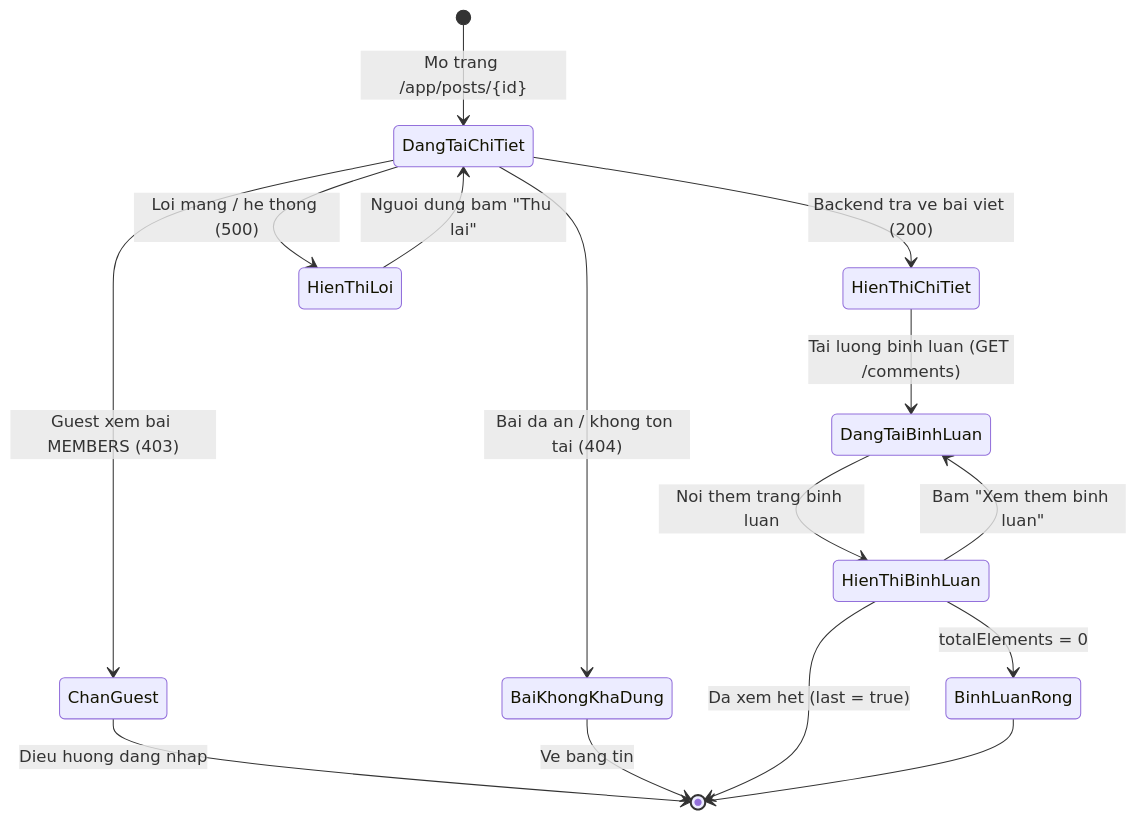
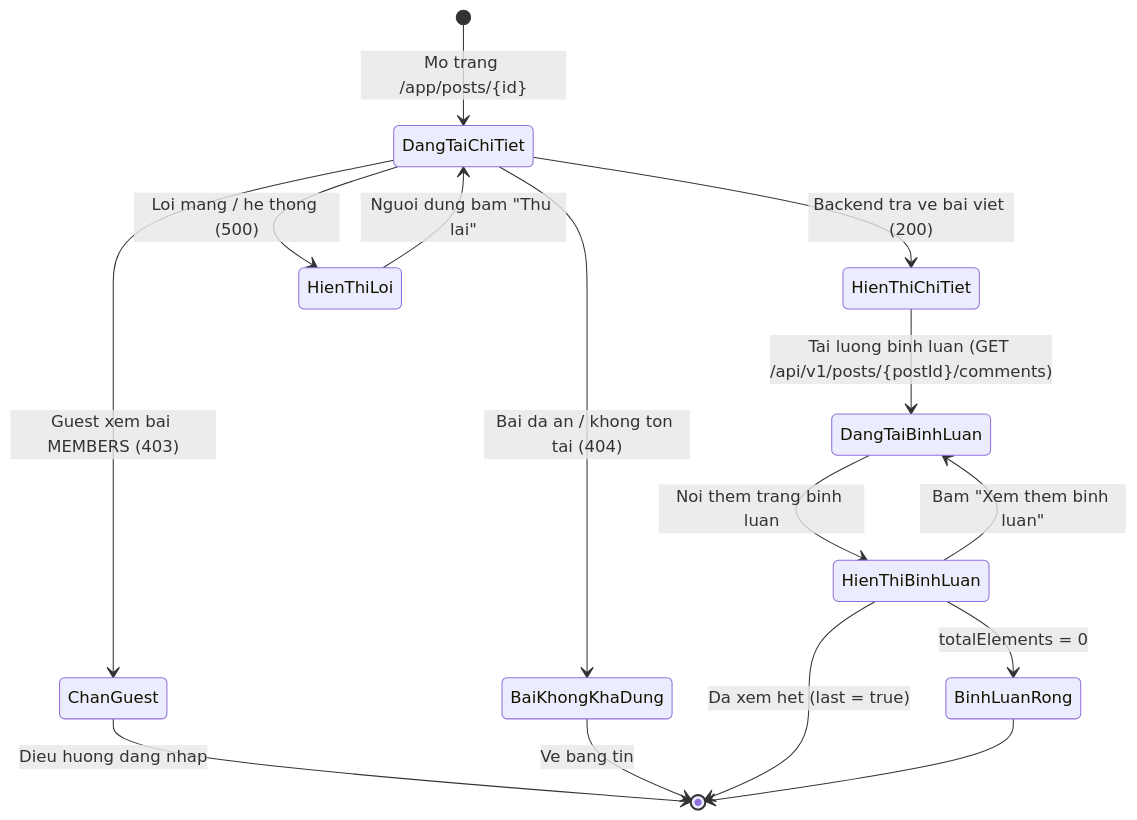
One commit to Alumnect/Alumnect changed the first of 3 diagrams in docs/update_SRS/SRS_UC_UC16_ViewPostDetail.md. Above: the diagram before and after it, drawn with Mermaid. The commit also changed 83 other files, not shown here.

````diff
--- a/docs/update_SRS/SRS_UC_UC16_ViewPostDetail.md
+++ b/docs/update_SRS/SRS_UC_UC16_ViewPostDetail.md
@@ -7,17 +7,17 @@
 ```mermaid
 stateDiagram-v2
     [*] --> DangTaiChiTiet : Mo trang /app/posts/{id}
     DangTaiChiTiet --> HienThiChiTiet : Backend tra ve bai viet (200)
     DangTaiChiTiet --> BaiKhongKhaDung : Bai da an / khong ton tai (404)
     DangTaiChiTiet --> ChanGuest : Guest xem bai MEMBERS (403)
     DangTaiChiTiet --> HienThiLoi : Loi mang / he thong (500)
     HienThiLoi --> DangTaiChiTiet : Nguoi dung bam "Thu lai"
     ChanGuest --> [*] : Dieu huong dang nhap
     BaiKhongKhaDung --> [*] : Ve bang tin
-    HienThiChiTiet --> DangTaiBinhLuan : Tai luong binh luan (GET /comments)
+    HienThiChiTiet --> DangTaiBinhLuan : Tai luong binh luan (GET /api/v1/posts/{postId}/comments)
     DangTaiBinhLuan --> HienThiBinhLuan : Noi them trang binh luan
     HienThiBinhLuan --> BinhLuanRong : totalElements = 0
     HienThiBinhLuan --> DangTaiBinhLuan : Bam "Xem them binh luan"
     HienThiBinhLuan --> [*] : Da xem het (last = true)
     BinhLuanRong --> [*]
 ```
````
